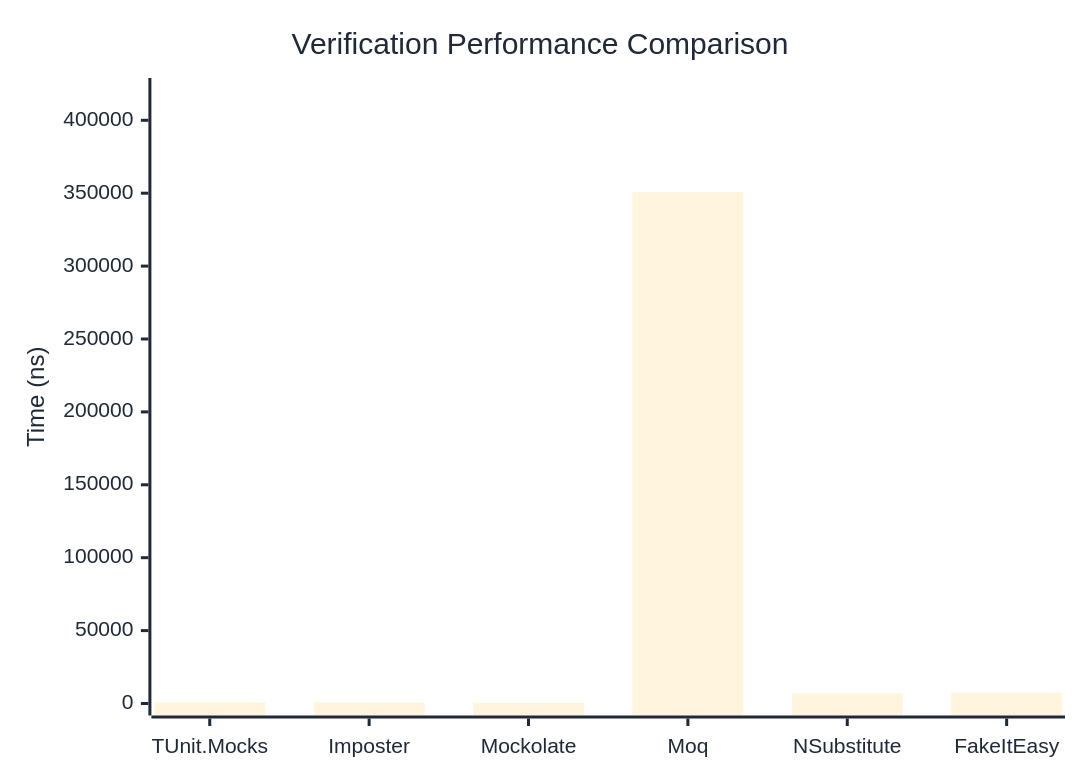
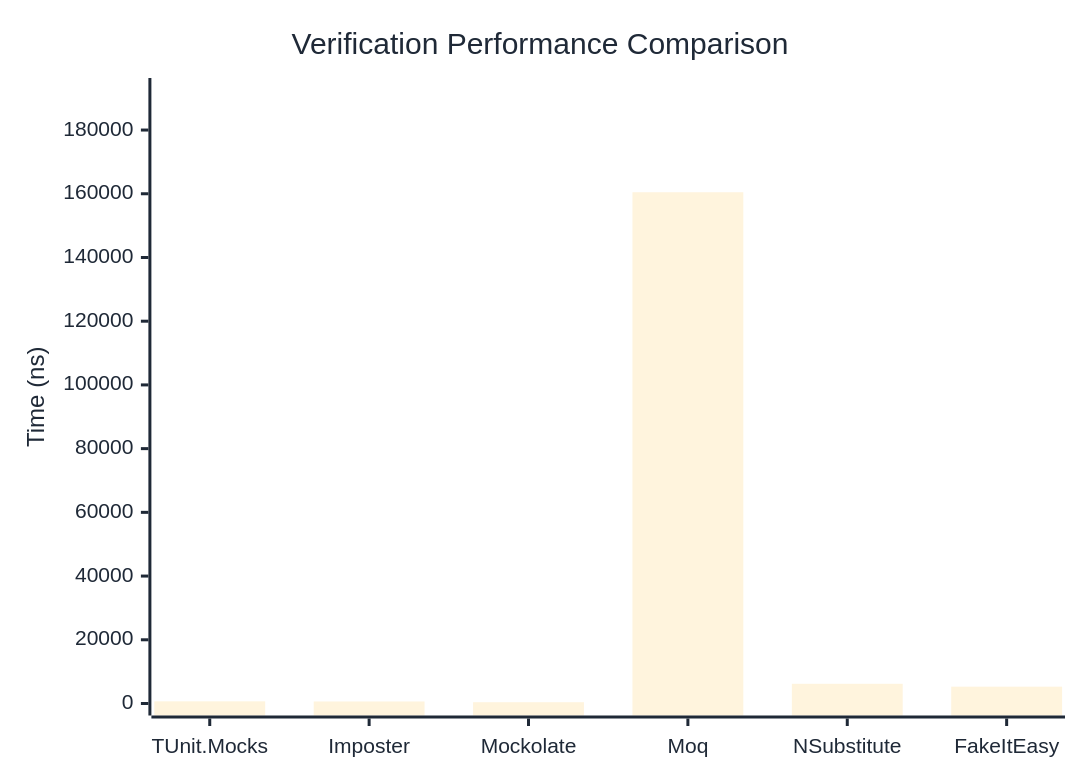
Before and after one commit to thomhurst/TUnit: the first of 3 diagrams in docs/docs/benchmarks/mocks/Verification.md, drawn with Mermaid. The commit also changed other lines of this file and 14 other files, not shown here.

````diff
--- a/docs/docs/benchmarks/mocks/Verification.md
+++ b/docs/docs/benchmarks/mocks/Verification.md
@@ -30,27 +30,27 @@
 ```mermaid
 %%{init: {
   'theme':'base',
   'themeVariables': {
     'primaryColor': '#2563eb',
     'primaryTextColor': '#1f2937',
     'primaryBorderColor': '#1e40af',
     'lineColor': '#6b7280',
     'secondaryColor': '#7c3aed',
     'tertiaryColor': '#dc2626',
     'background': '#ffffff',
     'pie1': '#2563eb',
     'pie2': '#7c3aed',
     'pie3': '#dc2626',
     'pie4': '#f59e0b',
     'pie5': '#10b981',
     'pie6': '#06b6d4',
     'pie7': '#ec4899',
     'pie8': '#6366f1'
   }
 }}%%
 xychart-beta
   title "Verification Performance Comparison"
   x-axis ["TUnit.Mocks", "Imposter", "Mockolate", "Moq", "NSubstitute", "FakeItEasy"]
-  y-axis "Time (ns)" 0 --> 420777
-  bar [688.72, 675.27, 440.48, 350646.81, 6898.23, 7431.86]
+  y-axis "Time (ns)" 0 --> 192569
+  bar [676.83, 634.95, 406.44, 160473.72, 6187.5, 5283.56]
 ```
````
